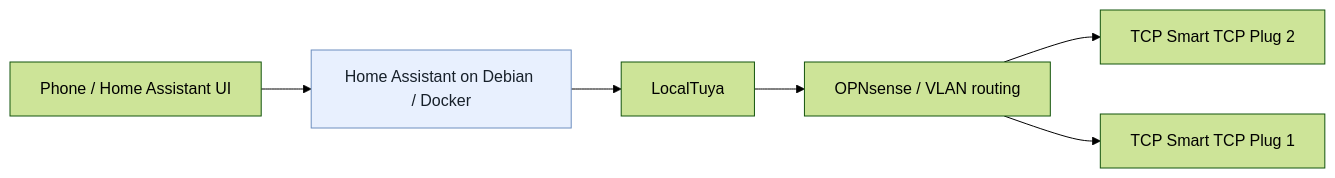
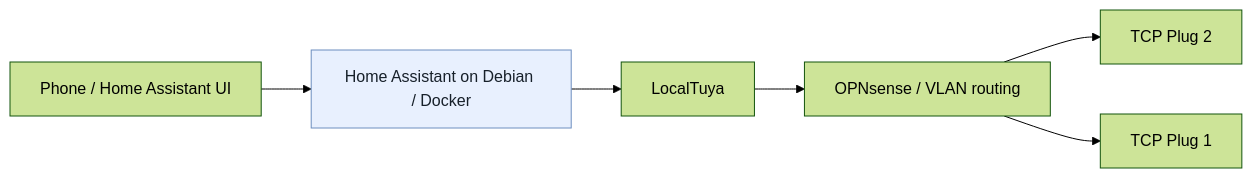
Before and after one commit to GregoryCarberry/tcp-smart-local-control: the diagram in README.md, drawn with Mermaid (forest theme). The commit also changed other lines of this file, not shown here.

````diff
--- a/README.md
+++ b/README.md
@@ -37,9 +57,9 @@
 ```mermaid
 flowchart LR
     Phone[Phone / Home Assistant UI] --> HA[Home Assistant on Debian / Docker]
     HA --> LT[LocalTuya]
     LT --> FW[OPNsense / VLAN routing]
-    FW --> A[TCP Smart TCP Plug 2]
-    FW --> B[TCP Smart TCP Plug 1]
+    FW --> A[TCP Plug 2]
+    FW --> B[TCP Plug 1]
     style HA fill:#e8f0fe,stroke:#6c8ebf,color:#17202a
 ```
````
